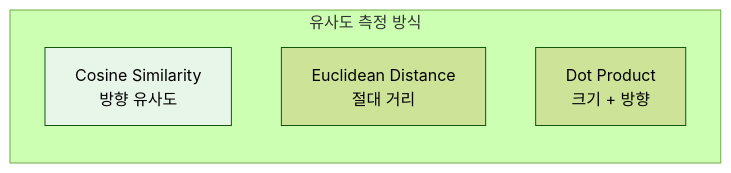
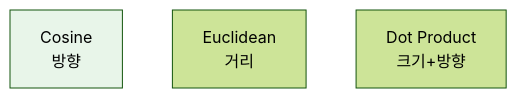
Before and after one commit to Gyeom/dev-notes: the sixth of 10 diagrams in content/posts/2025-10-05-rag-system-design-guide.md, drawn with Mermaid (forest theme). The commit also changed other lines of this file and 7 other files, not shown here.

First line of the commit message:
Fix: 전체 포스트 Mermaid 다이어그램 가로 배치 적용

````diff
--- a/content/posts/2025-10-05-rag-system-design-guide.md
+++ b/content/posts/2025-10-05-rag-system-design-guide.md
@@ -208,10 +194,6 @@
 ```mermaid
 flowchart LR
-    subgraph Metrics["유사도 측정 방식"]
-        M1["Cosine Similarity<br/>방향 유사도"]
-        M2["Euclidean Distance<br/>절대 거리"]
-        M3["Dot Product<br/>크기 + 방향"]
-    end
+    M1["Cosine<br/>방향"] ~~~ M2["Euclidean<br/>거리"] ~~~ M3["Dot Product<br/>크기+방향"]
 
     style M1 fill:#E8F5E9
 ```
````
